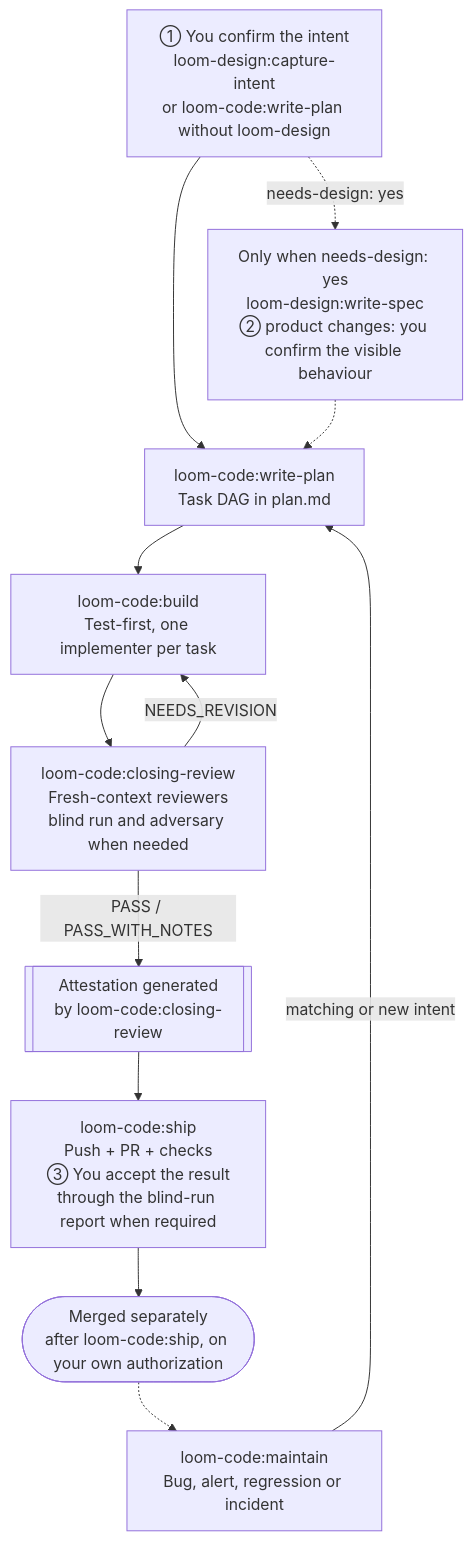
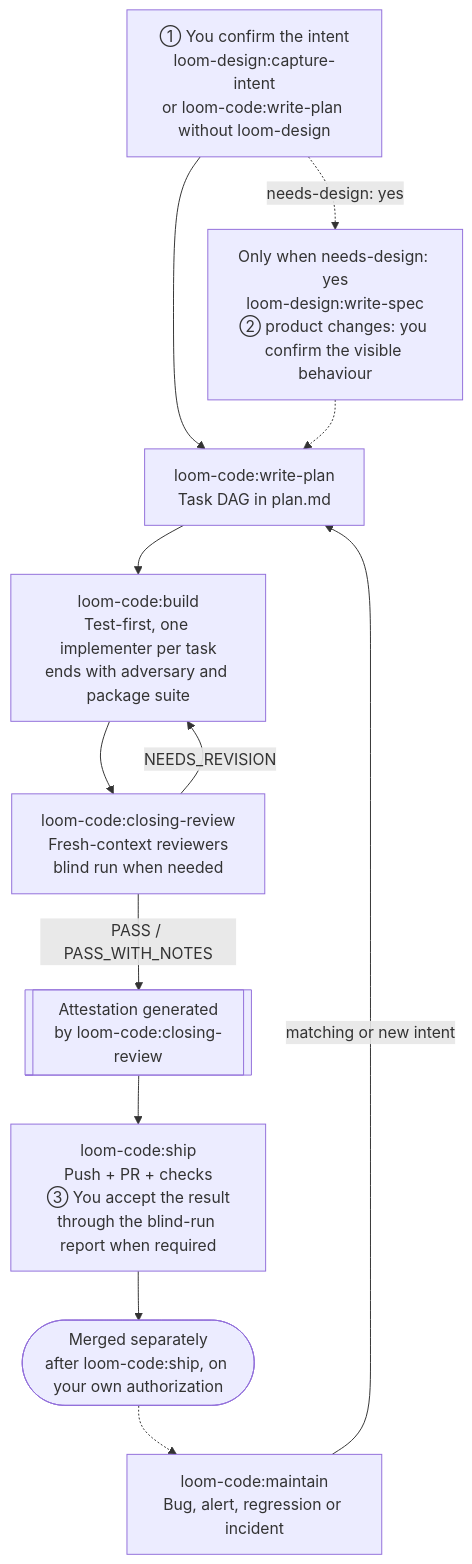
Before and after one commit to kouko/loom-plugins: the diagram in loom-code/README.md, drawn with Mermaid. The commit also changed other lines of this file and 48 other files, not shown here.

First line of the commit message:
feat(loom-code): run mechanical checks before closing review (#15)

````diff
--- a/loom-code/README.md
+++ b/loom-code/README.md
@@ -19,24 +19,24 @@
 ```mermaid
 flowchart TD
     intent["① You confirm the intent<br/>loom-design:capture-intent<br/>or loom-code:write-plan without loom-design"]
     spec["Only when needs-design: yes<br/>loom-design:write-spec<br/>② product changes: you confirm the visible behaviour"]
     plan["loom-code:write-plan<br/>Task DAG in plan.md"]
-    build["loom-code:build<br/>Test-first, one implementer per task"]
-    review["loom-code:closing-review<br/>Fresh-context reviewers<br/>blind run and adversary when needed"]
+    build["loom-code:build<br/>Test-first, one implementer per task<br/>ends with adversary and package suite"]
+    review["loom-code:closing-review<br/>Fresh-context reviewers<br/>blind run when needed"]
     attest[["Attestation generated<br/>by loom-code:closing-review"]]
     ship["loom-code:ship<br/>Push + PR + checks<br/>③ You accept the result<br/>through the blind-run report when required"]
     merged(["Merged separately<br/>after loom-code:ship, on your own authorization"])
     maintain["loom-code:maintain<br/>Bug, alert, regression or incident"]
 
     intent --> plan
     intent -.->|"needs-design: yes"| spec
     spec -.-> plan
     plan --> build
     build --> review
     review -->|"NEEDS_REVISION"| build
     review -->|"PASS / PASS_WITH_NOTES"| attest
     attest --> ship
     ship --> merged
     merged -.-> maintain
     maintain -->|"matching or new intent"| plan
 ```
````
